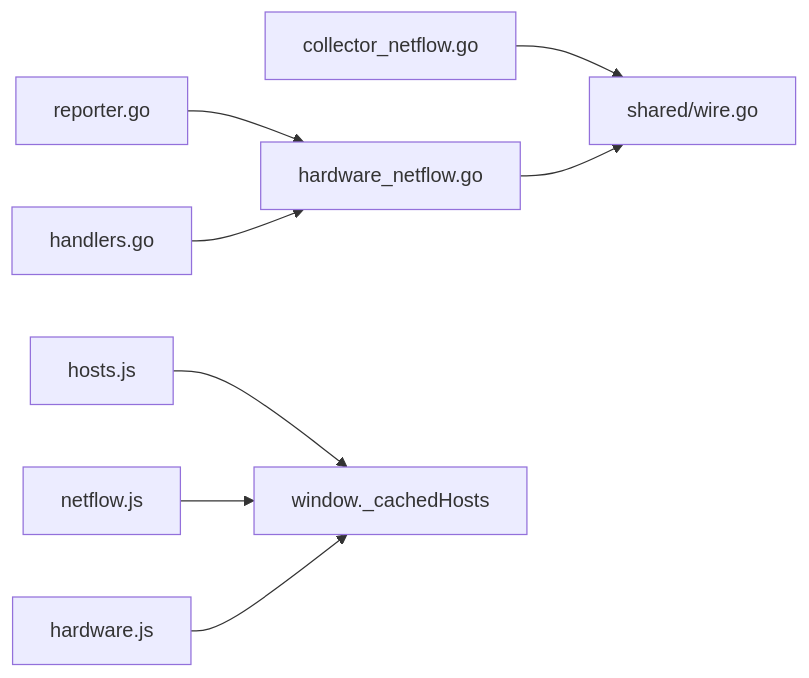
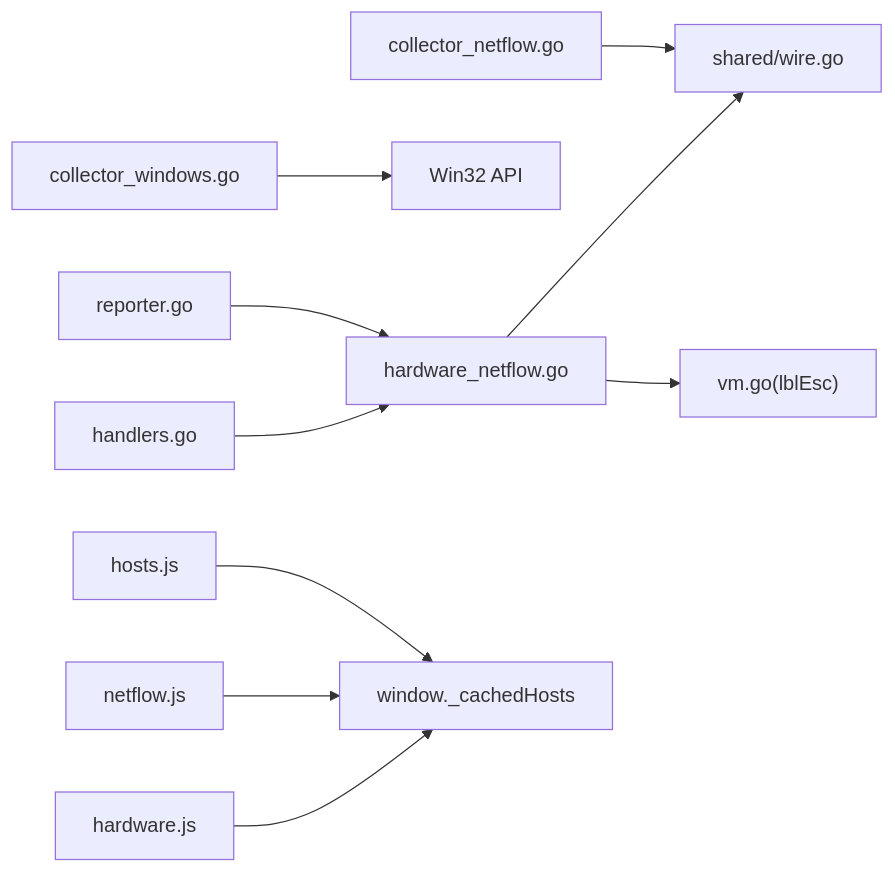
The ninth of 9 diagrams in .qoder/repowiki/zh/content/架构设计/Agent 客户端架构/NetFlow网络流量采集器.md (sreyun/aiops-monitor), drawn with Mermaid before and after one commit. The commit also changed other lines of this file and 55 other files, not shown here.

````diff
--- a/.qoder/repowiki/zh/content/架构设计/Agent 客户端架构/NetFlow网络流量采集器.md
+++ b/.qoder/repowiki/zh/content/架构设计/Agent 客户端架构/NetFlow网络流量采集器.md
@@ -360,10 +466,12 @@
 ```mermaid
 graph LR
 CNF["collector_netflow.go"] --> SW["shared/wire.go"]
+CWIN["collector_windows.go"] --> WIN32["Win32 API"]
 REP["reporter.go"] --> HNF["hardware_netflow.go"]
 HNF --> SW
+HNF --> VM["vm.go(lblEsc)"]
 HND["handlers.go"] --> HNF
 HOSTS["hosts.js"] --> CACHE["window._cachedHosts"]
 NETFLOW["netflow.js"] --> CACHE
 HARDWARE["hardware.js"] --> CACHE
 ```
````
